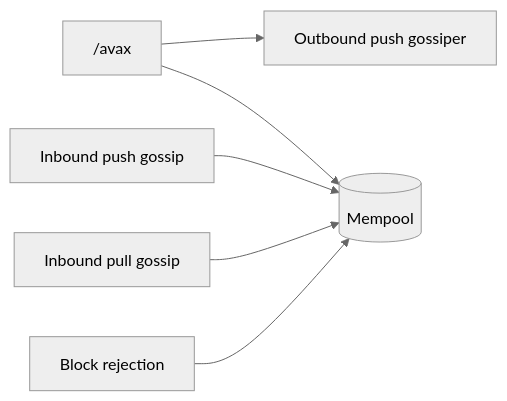
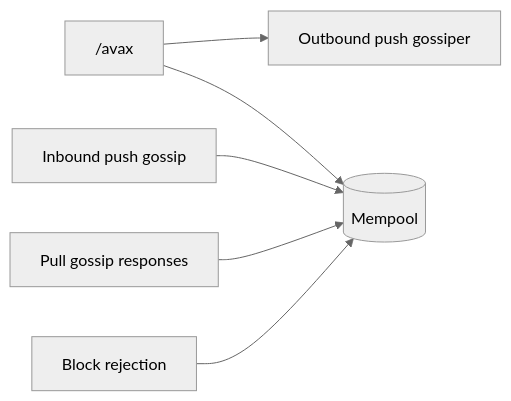
One commit to ava-labs/avalanchego changed the third of 3 diagrams in vms/saevm/cchain/README.md. Above: the diagram before and after it, drawn with Mermaid (neutral theme). The commit also changed other lines of this file, not shown here.

````diff
--- a/vms/saevm/cchain/README.md
+++ b/vms/saevm/cchain/README.md
@@ -113,15 +115,15 @@
 ```mermaid
 flowchart LR
     rpc["/avax"]
     pushgossip["Outbound push gossiper"]
     push["Inbound push gossip"]
-    pull["Inbound pull gossip"]
+    pull["Pull gossip responses"]
     rej["Block rejection"]
     mempool[("Mempool")]
 
     rpc --> pushgossip
     rpc --> mempool
     push --> mempool
     pull --> mempool
     rej --> mempool
 ```
````
